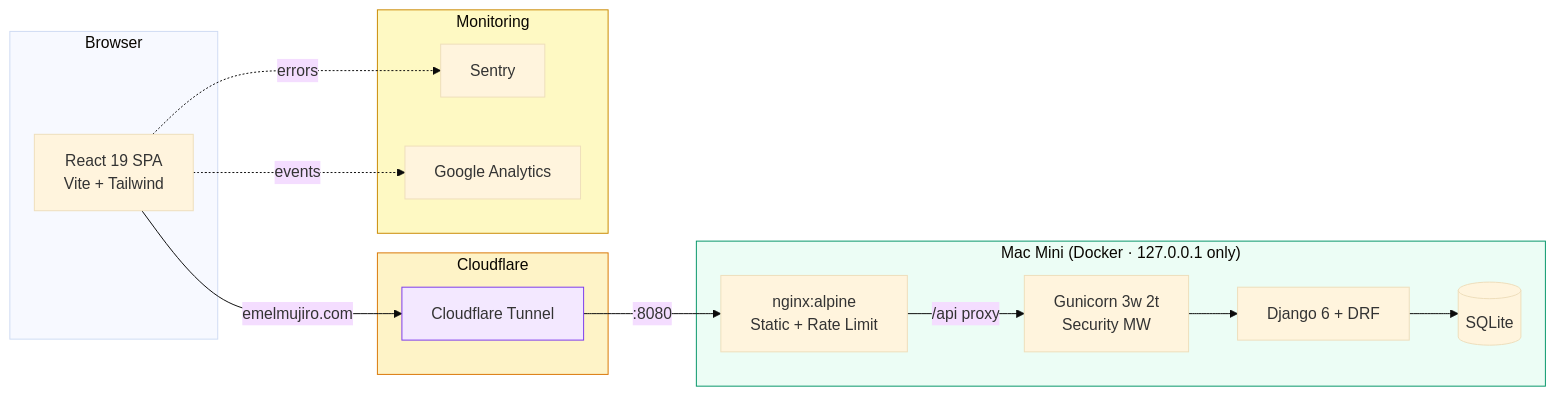
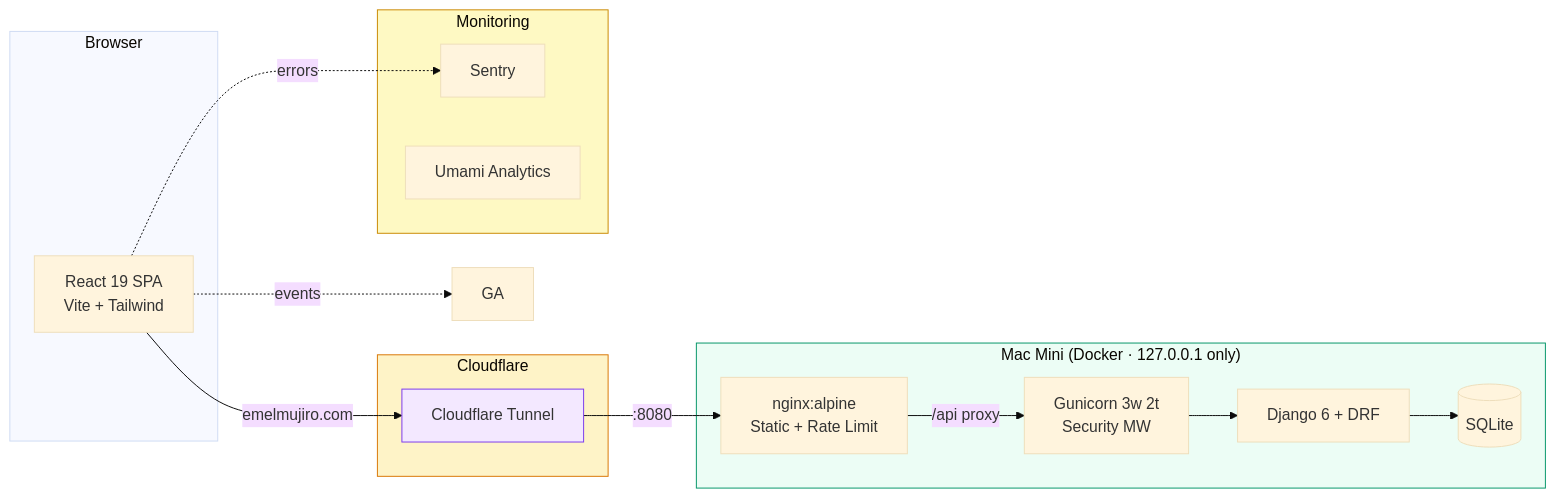
The diagram in README.md (researcherhojin/emelmujiro), drawn with Mermaid (base theme) before and after one commit. The commit also changed other lines of this file and 6 other files, not shown here.

First line of the commit message:
fix(analytics): remove all remaining Google Analytics references

````diff
--- a/README.md
+++ b/README.md
@@ -95,35 +95,35 @@
 ```mermaid
 graph LR
     subgraph Client["Browser"]
         React["React 19 SPA\nVite + Tailwind"]
     end
 
     subgraph CF["Cloudflare"]
         Tunnel["Cloudflare Tunnel"]
     end
 
     subgraph MacMini["Mac Mini (Docker · 127.0.0.1 only)"]
         Nginx["nginx:alpine\nStatic + Rate Limit"]
         Gunicorn["Gunicorn 3w 2t\nSecurity MW"]
         DRF["Django 6 + DRF"]
         DB[(SQLite)]
     end
 
     subgraph Monitoring["Monitoring"]
         Sentry["Sentry"]
-        GA["Google Analytics"]
+        Umami["Umami Analytics"]
     end
 
     React -->|emelmujiro.com| Tunnel
     Tunnel -->|:8080| Nginx
     Nginx -->|/api proxy| Gunicorn
     Gunicorn --> DRF
     DRF --> DB
     React -.->|errors| Sentry
     React -.->|events| GA
 
     style Tunnel fill:#F3E8FF,stroke:#7C3AED
     style MacMini fill:#ECFDF5,stroke:#059669
     style CF fill:#FEF3C7,stroke:#D97706
     style Monitoring fill:#FEF9C3,stroke:#CA8A04
 ```
````
